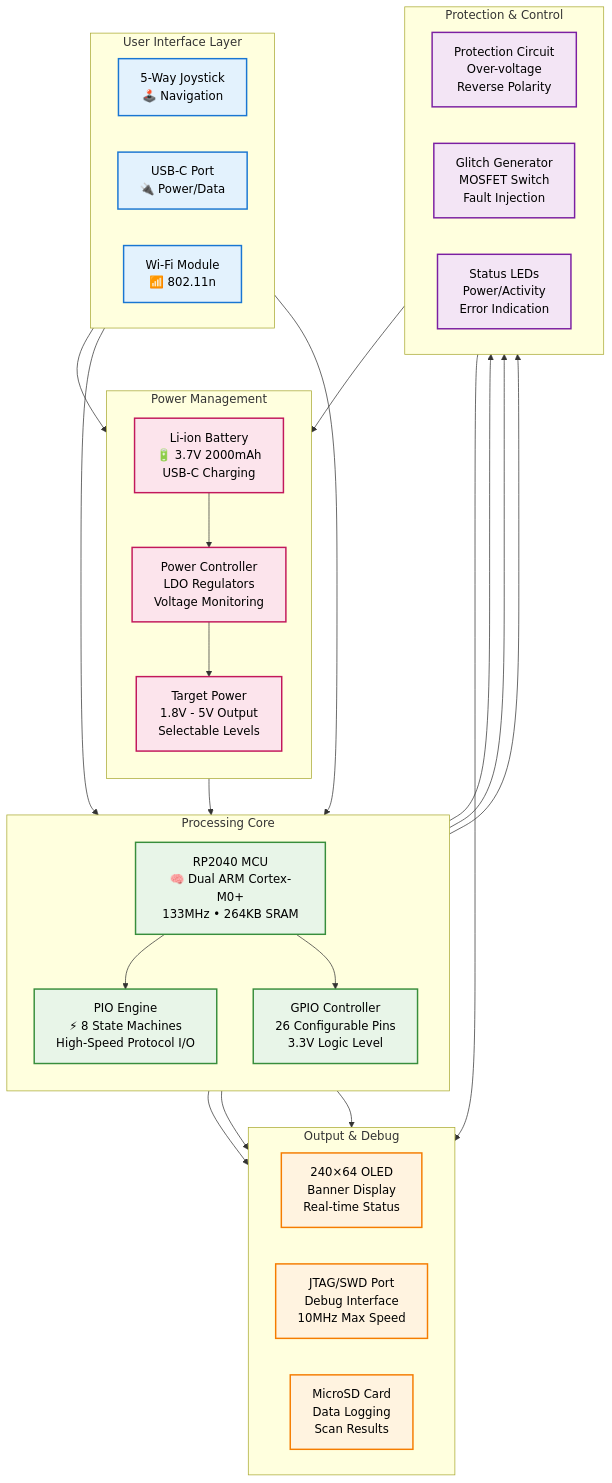
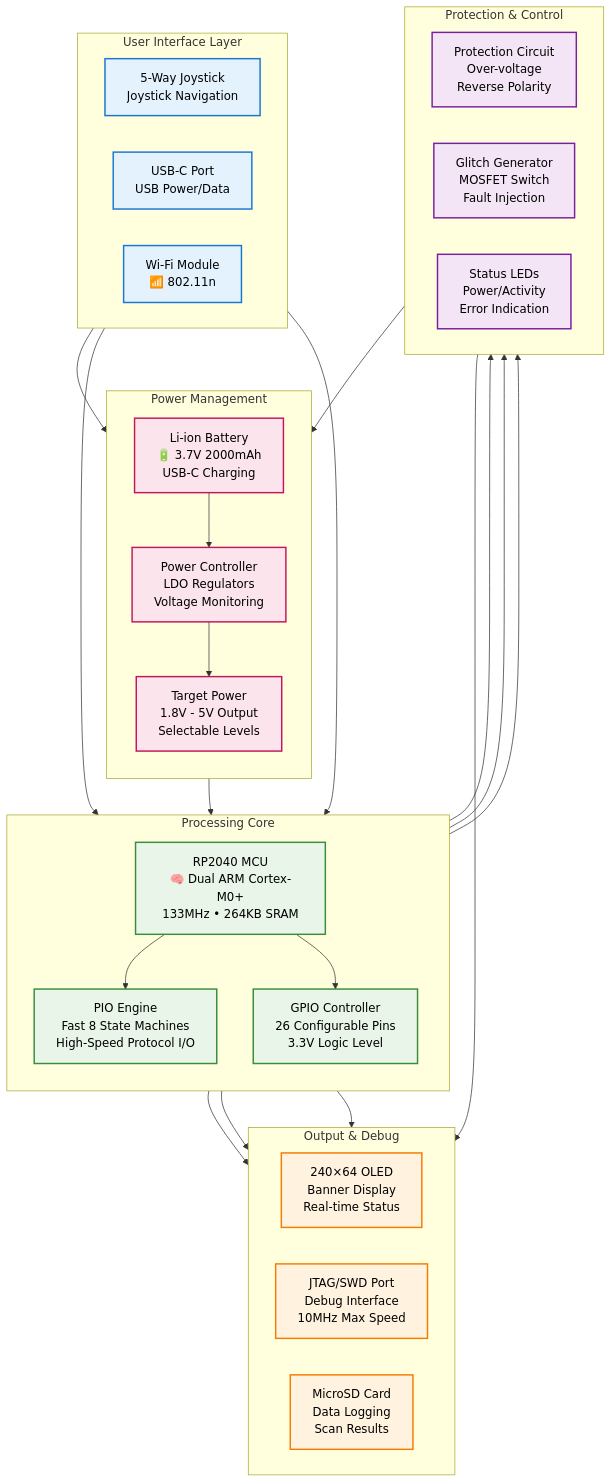
Before and after one commit to seedon198/KISS: the second of 10 diagrams in README.md, drawn with Mermaid. The commit also changed other lines of this file, not shown here.

````diff
--- a/README.md
+++ b/README.md
@@ -174,73 +174,73 @@
 ```mermaid
 flowchart TB
     subgraph "User Interface Layer"
         direction LR
-        J1[5-Way Joystick<br/>🕹️ Navigation] 
-        USB[USB-C Port<br/>🔌 Power/Data]
+        J1[5-Way Joystick<br/>Joystick Navigation] 
+        USB[USB-C Port<br/>USB Power/Data]
         WIFI[Wi-Fi Module<br/>📶 802.11n]
     end
     
     subgraph "Processing Core"
         direction TB
         MCU[RP2040 MCU<br/>🧠 Dual ARM Cortex-M0+<br/>133MHz • 264KB SRAM]
-        PIO[PIO Engine<br/>⚡ 8 State Machines<br/>High-Speed Protocol I/O]
+        PIO[PIO Engine<br/>Fast 8 State Machines<br/>High-Speed Protocol I/O]
         GPIO[GPIO Controller<br/>26 Configurable Pins<br/>3.3V Logic Level]
     end
     
     subgraph "Output & Debug"
         direction LR
         OLED[240×64 OLED<br/>Banner Display<br/>Real-time Status]
         JTAG[JTAG/SWD Port<br/>Debug Interface<br/>10MHz Max Speed]
         SD[MicroSD Card<br/>Data Logging<br/>Scan Results]
     end
     
     subgraph "Power Management"
         direction TB
         BATT[Li-ion Battery<br/>🔋 3.7V 2000mAh<br/>USB-C Charging]
         PMGMT[Power Controller<br/>LDO Regulators<br/>Voltage Monitoring]
         TPWR[Target Power<br/>1.8V - 5V Output<br/>Selectable Levels]
     end
     
     subgraph "Protection & Control"
         direction LR
         PROTECT[Protection Circuit<br/>Over-voltage<br/>Reverse Polarity]
         GLITCH[Glitch Generator<br/>MOSFET Switch<br/>Fault Injection]
         LEDS[Status LEDs<br/>Power/Activity<br/>Error Indication]
     end
     
     %% Connections
     J1 --> MCU
     USB --> BATT
     WIFI --> MCU
     
     MCU --> PIO
     MCU --> GPIO
     
     MCU --> OLED
     PIO --> JTAG
     GPIO --> SD
     
     BATT --> PMGMT
     PMGMT --> MCU
     PMGMT --> TPWR
     
     GPIO --> PROTECT
     GPIO --> GLITCH
     GPIO --> LEDS
     
     PROTECT --> JTAG
     GLITCH --> TPWR
     
     %% Styling
     classDef userInterface fill:#e3f2fd,stroke:#1976d2,stroke-width:2px,color:#000
     classDef processing fill:#e8f5e8,stroke:#388e3c,stroke-width:2px,color:#000
     classDef output fill:#fff3e0,stroke:#f57c00,stroke-width:2px,color:#000
     classDef power fill:#fce4ec,stroke:#c2185b,stroke-width:2px,color:#000
     classDef protection fill:#f3e5f5,stroke:#7b1fa2,stroke-width:2px,color:#000
     
     class J1,USB,WIFI userInterface
     class MCU,PIO,GPIO processing
     class OLED,JTAG,SD output
     class BATT,PMGMT,TPWR power
     class PROTECT,GLITCH,LEDS protection
 ```
````
